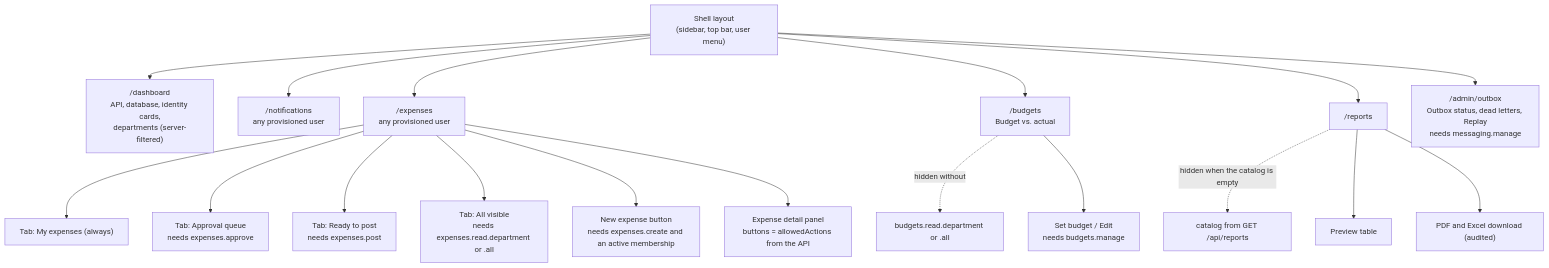
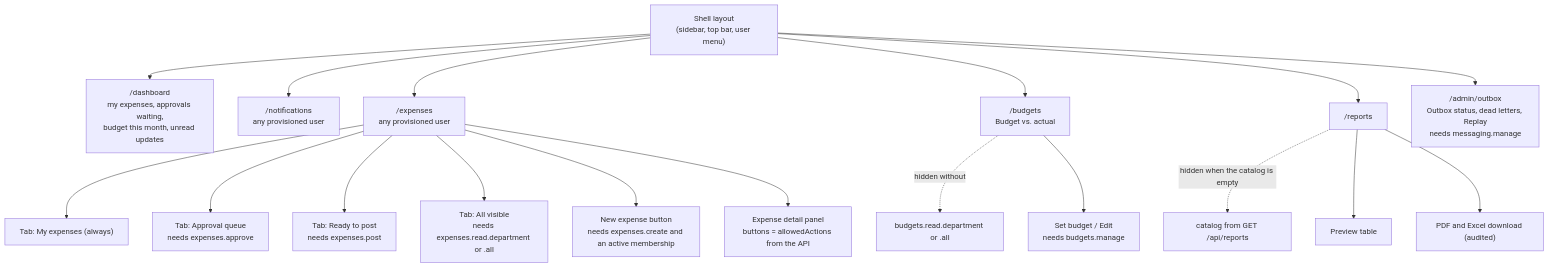
One commit to Ranish-Shrestha/FinOpsEnterprise changed the third of 5 diagrams in docs/architecture/ui-flow.md. Above: the diagram before and after it, drawn with Mermaid. The commit also changed other lines of this file and 33 other files, not shown here.

````diff
--- a/docs/architecture/ui-flow.md
+++ b/docs/architecture/ui-flow.md
@@ -89,24 +89,24 @@
 ```mermaid
 flowchart TD
-  Page["Shell layout<br/>(sidebar, top bar, user menu)"] --> Overview["/dashboard<br/>API, database, identity cards,<br/>departments (server-filtered)"]
+  Page["Shell layout<br/>(sidebar, top bar, user menu)"] --> Overview["/dashboard<br/>my expenses, approvals waiting,<br/>budget this month, unread updates"]
   Page --> Activity["/notifications<br/>any provisioned user"]
   Page --> Expenses["/expenses<br/>any provisioned user"]
   Page --> Budgets["/budgets<br/>Budget vs. actual"]
   Page --> Reports["/reports"]
 
   Page --> Outbox["/admin/outbox<br/>Outbox status, dead letters, Replay<br/>needs messaging.manage"]
 
   Expenses --> Mine["Tab: My expenses (always)"]
   Expenses --> Queue["Tab: Approval queue<br/>needs expenses.approve"]
   Expenses --> ToPost["Tab: Ready to post<br/>needs expenses.post"]
   Expenses --> All["Tab: All visible<br/>needs expenses.read.department or .all"]
   Expenses --> New["New expense button<br/>needs expenses.create and an active membership"]
   Expenses --> Detail["Expense detail panel<br/>buttons = allowedActions from the API"]
 
   Budgets -.->|"hidden without"| BRead["budgets.read.department or .all"]
   Budgets --> SetBudget["Set budget / Edit<br/>needs budgets.manage"]
 
   Reports -.->|"hidden when the catalog is empty"| RCat["catalog from GET /api/reports"]
   Reports --> Preview["Preview table"]
   Reports --> Export["PDF and Excel download (audited)"]
 ```
````
